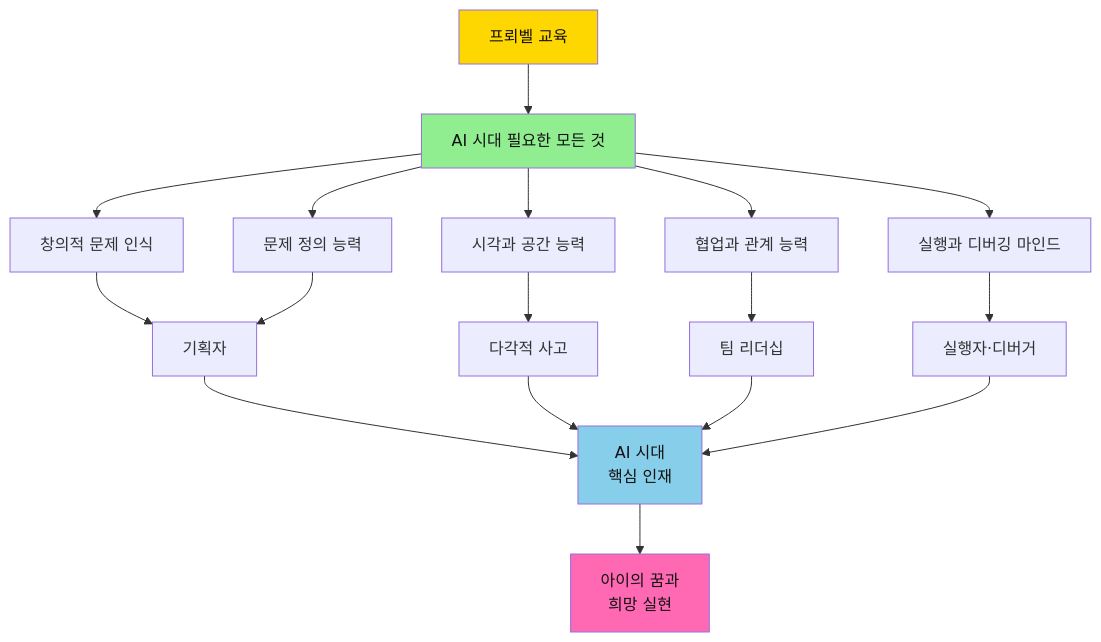
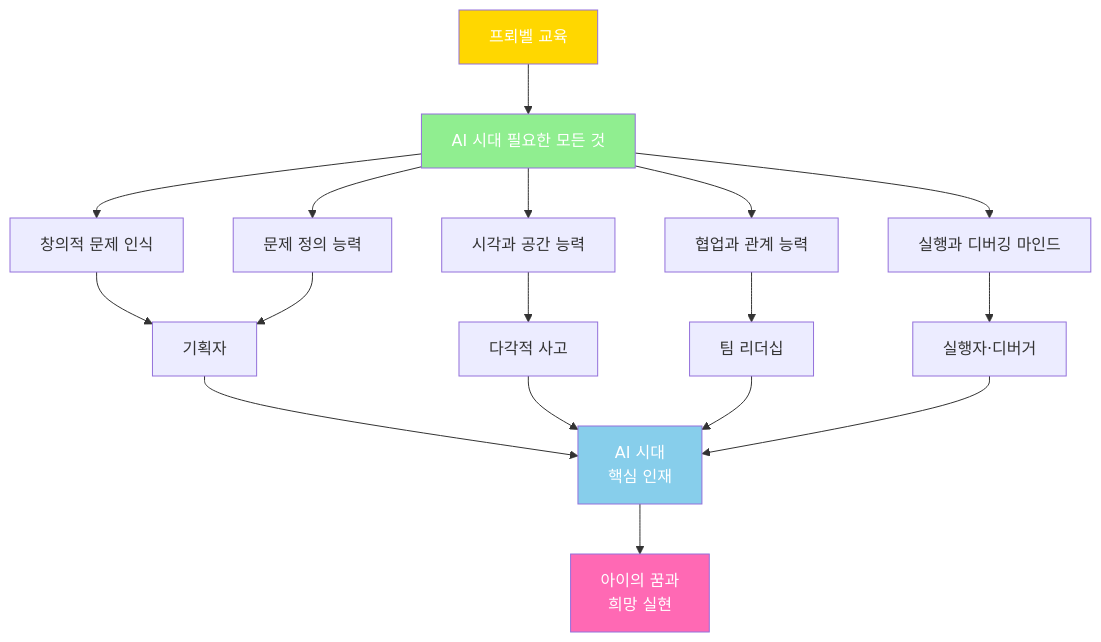
Before and after one commit to Collegenie-X/froebel: diagram 22 of 22 in 2단계_유아초등교육커리큘럼.md, drawn with Mermaid. The commit also changed other lines of this file and 4 other files, not shown here.

````diff
--- a/2단계_유아초등교육커리큘럼.md
+++ b/2단계_유아초등교육커리큘럼.md
@@ -979,31 +979,31 @@
 ```mermaid
 graph TD
     A[프뢰벨 교육] --> B[AI 시대 필요한 모든 것]
     
     B --> C[창의적 문제 인식]
     B --> D[문제 정의 능력]
     B --> E[시각과 공간 능력]
     B --> F[협업과 관계 능력]
     B --> G[실행과 디버깅 마인드]
     
     C --> H[기획자]
     D --> H
     
     E --> I[다각적 사고]
     
     F --> J[팀 리더십]
     
     G --> K[실행자·디버거]
     
     H --> L[AI 시대<br/>핵심 인재]
     I --> L
     J --> L
     K --> L
     
     L --> M[아이의 꿈과<br/>희망 실현]
     
-    style A fill:#FFD700,color:#111
-    style B fill:#90EE90,color:#111
-    style L fill:#87CEEB,color:#111
-    style M fill:#FF69B4,color:#111
+    style A fill:#FFD700,color:#fff
+    style B fill:#90EE90,color:#fff
+    style L fill:#87CEEB,color:#fff
+    style M fill:#FF69B4,color:#fff
 ```
````
